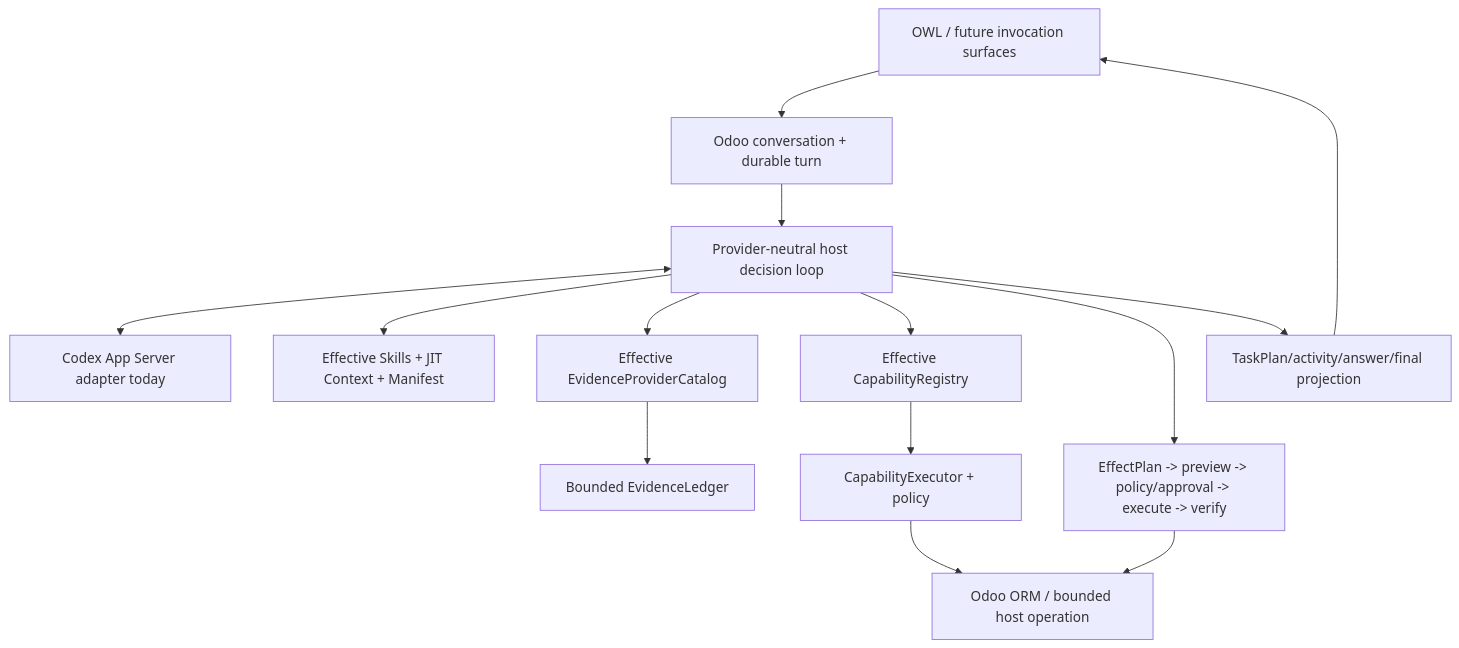
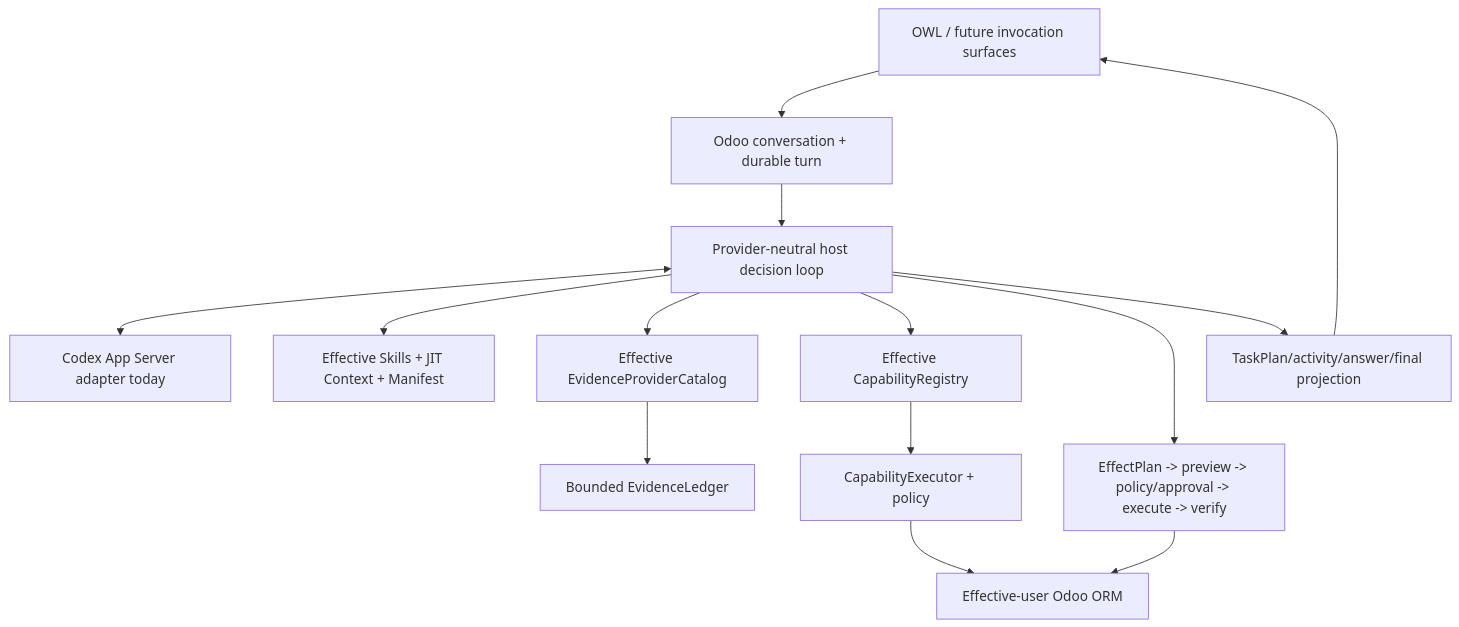
The diagram in docs/README.md (CPX-001/ai-odoo-assistant), drawn with Mermaid before and after one commit. The commit also changed other lines of this file, not shown here.

````diff
--- a/docs/README.md
+++ b/docs/README.md
@@ -33,16 +33,16 @@
 ```mermaid
 flowchart TB
     UI[OWL / future invocation surfaces] --> TURN[Odoo conversation + durable turn]
     TURN --> HOST[Provider-neutral host decision loop]
     HOST <--> MODEL[Codex App Server adapter today]
     HOST --> EXT[Effective Skills + JIT Context + Manifest]
     HOST --> EVC[Effective EvidenceProviderCatalog]
     EVC --> LEDGER[Bounded EvidenceLedger]
     HOST --> CAT[Effective CapabilityRegistry]
     CAT --> EXEC[CapabilityExecutor + policy]
-    EXEC --> ORM[Odoo ORM / bounded host operation]
+    EXEC --> ORM[Effective-user Odoo ORM]
     HOST --> EFFECT[EffectPlan -> preview -> policy/approval -> execute -> verify]
     EFFECT --> ORM
     HOST --> LIVE[TaskPlan/activity/answer/final projection]
     LIVE --> UI
 ```
````
